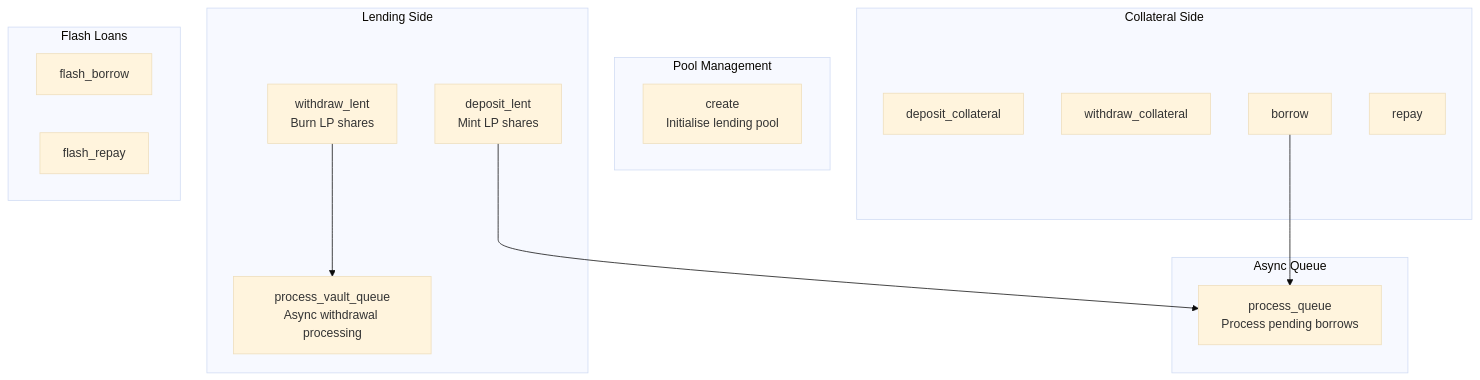
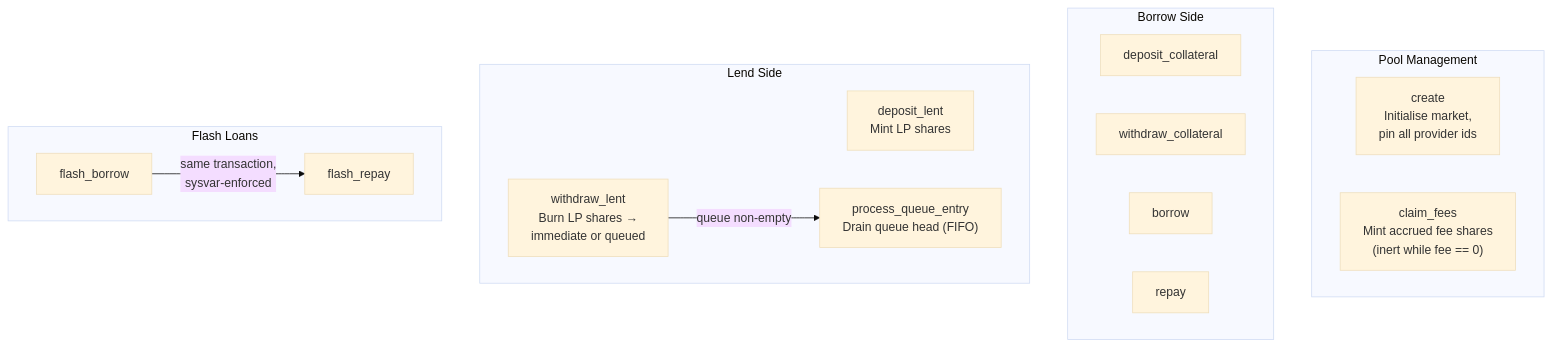
One commit to calma-labs/calma changed the sixth of 8 diagrams in ARCHITECTURE.md. Above: the diagram before and after it, drawn with Mermaid (base theme). The commit also changed other lines of this file and 107 other files, not shown here.

````diff
--- a/ARCHITECTURE.md
+++ b/ARCHITECTURE.md
@@ -123,32 +221,28 @@
 ```mermaid
 graph TD
     subgraph Pool["Pool Management"]
-        CREATE["create\nInitialise lending pool"]
+        CREATE["create\nInitialise market,\npin all provider ids"]
+        CLAIM["claim_fees\nMint accrued fee shares\n(inert while fee == 0)"]
     end
 
-    subgraph Collateral["Collateral Side"]
+    subgraph Collateral["Borrow Side"]
         DEP_COL["deposit_collateral"]
         WITH_COL["withdraw_collateral"]
         BORROW["borrow"]
         REPAY["repay"]
     end
 
-    subgraph Lending["Lending Side"]
+    subgraph Lending["Lend Side"]
         DEP_LENT["deposit_lent\nMint LP shares"]
-        WITH_LENT["withdraw_lent\nBurn LP shares"]
-        PROC_VQ["process_vault_queue\nAsync withdrawal processing"]
+        WITH_LENT["withdraw_lent\nBurn LP shares →\nimmediate or queued"]
+        PROC_Q["process_queue_entry\nDrain queue head (FIFO)"]
     end
 
     subgraph Flash["Flash Loans"]
         FL_BORROW["flash_borrow"]
         FL_REPAY["flash_repay"]
     end
 
-    subgraph Queue["Async Queue"]
-        PROC_Q["process_queue\nProcess pending borrows"]
-    end
-
-    BORROW --> PROC_Q
-    DEP_LENT --> PROC_Q
-    WITH_LENT --> PROC_VQ
+    WITH_LENT -->|"queue non-empty"| PROC_Q
+    FL_BORROW -->|"same transaction,\nsysvar-enforced"| FL_REPAY
 ```
````
